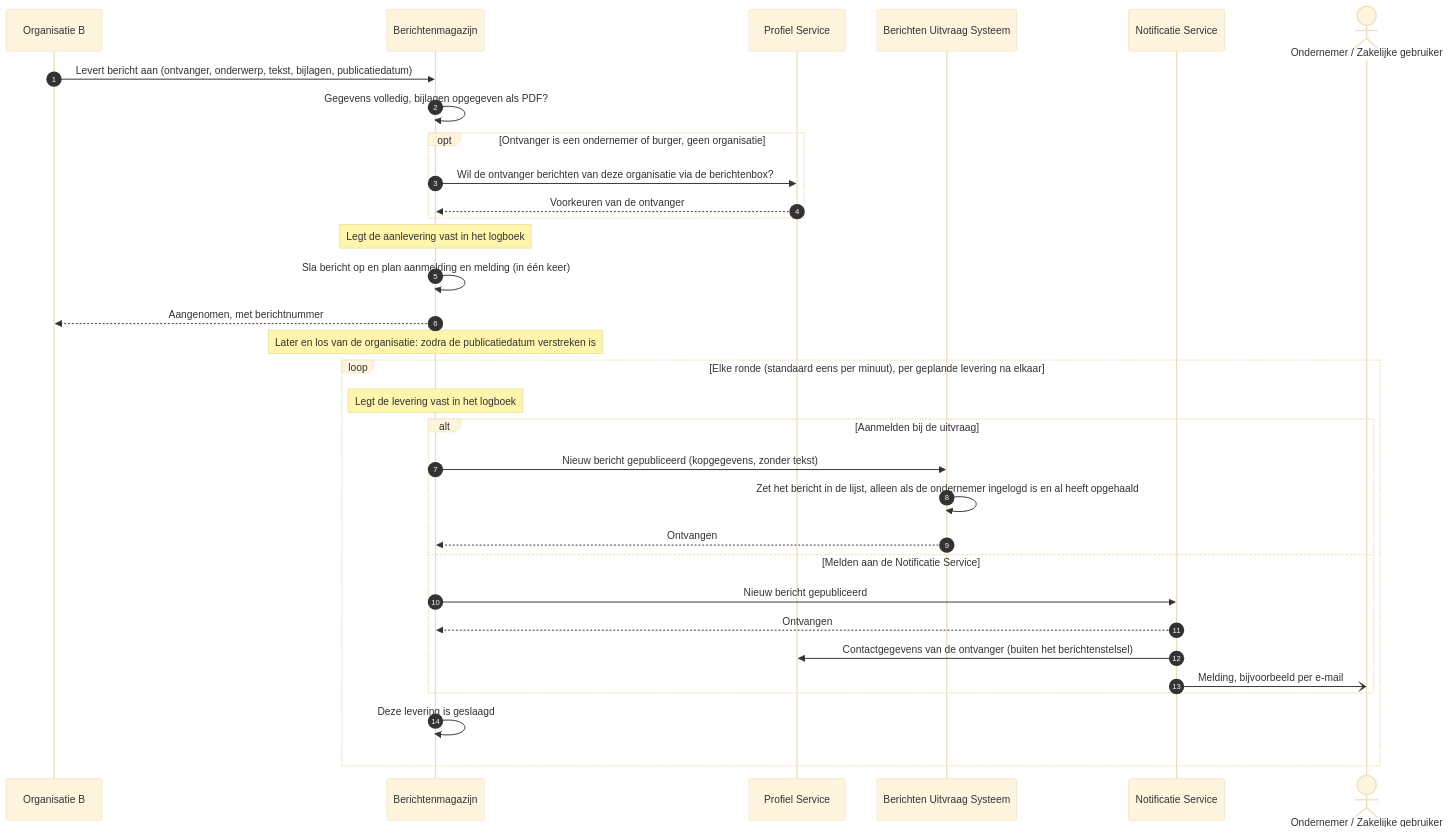
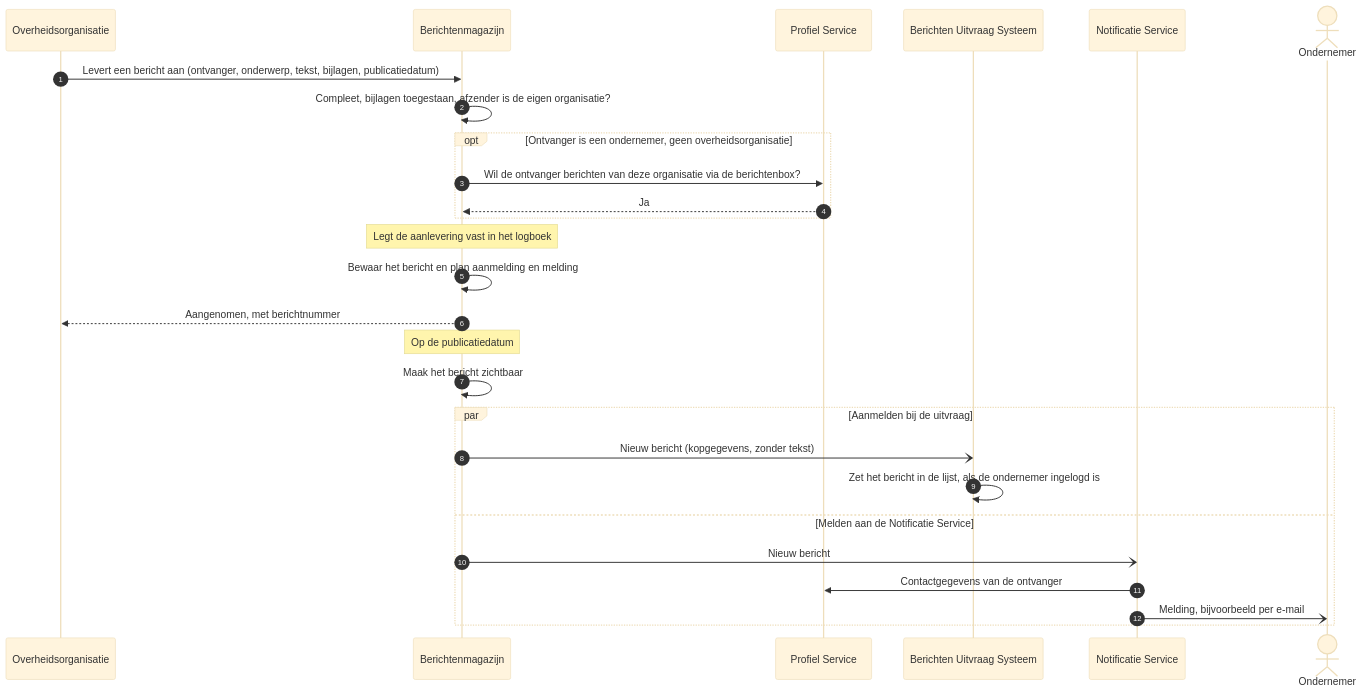
One commit to MinBZK/moza-poc-fbs-berichtenbox changed the diagram in docs/architecture/workspace-docs/05-uc1-bericht-aanleveren.md. Above: the diagram before and after it, drawn with Mermaid (base theme). The commit also changed other lines of this file and 15 other files, not shown here.

First line of the commit message:
docs(architectuur): use cases als eindresultaat, beheersituaties als use case 9-11

````diff
--- a/docs/architecture/workspace-docs/05-uc1-bericht-aanleveren.md
+++ b/docs/architecture/workspace-docs/05-uc1-bericht-aanleveren.md
@@ -43,36 +36,31 @@
 ```mermaid
 sequenceDiagram
     autonumber
-    participant ORG as Organisatie B
+    participant ORG as Overheidsorganisatie
     participant MAG as Berichtenmagazijn
     participant PRO as Profiel Service
     participant FBS as Berichten Uitvraag Systeem
     participant NOT as Notificatie Service
-    actor OND as Ondernemer / Zakelijke gebruiker
+    actor OND as Ondernemer
 
-    ORG->>MAG: Levert bericht aan (ontvanger, onderwerp, tekst, bijlagen, publicatiedatum)
-    MAG->>MAG: Gegevens volledig, bijlagen opgegeven als PDF?
-    opt Ontvanger is een ondernemer of burger, geen organisatie
+    ORG->>MAG: Levert een bericht aan (ontvanger, onderwerp, tekst, bijlagen, publicatiedatum)
+    MAG->>MAG: Compleet, bijlagen toegestaan, afzender is de eigen organisatie?
+    opt Ontvanger is een ondernemer, geen overheidsorganisatie
         MAG->>PRO: Wil de ontvanger berichten van deze organisatie via de berichtenbox?
-        PRO-->>MAG: Voorkeuren van de ontvanger
+        PRO-->>MAG: Ja
     end
     Note over MAG: Legt de aanlevering vast in het logboek
-    MAG->>MAG: Sla bericht op en plan aanmelding en melding (in één keer)
+    MAG->>MAG: Bewaar het bericht en plan aanmelding en melding
     MAG-->>ORG: Aangenomen, met berichtnummer
 
-    Note over MAG: Later en los van de organisatie: zodra de publicatiedatum verstreken is
-    loop Elke ronde (standaard eens per minuut), per geplande levering na elkaar
-        Note over MAG: Legt de levering vast in het logboek
-        alt Aanmelden bij de uitvraag
-            MAG->>FBS: Nieuw bericht gepubliceerd (kopgegevens, zonder tekst)
-            FBS->>FBS: Zet het bericht in de lijst, alleen als de ondernemer ingelogd is en al heeft opgehaald
-            FBS-->>MAG: Ontvangen
-        else Melden aan de Notificatie Service
-            MAG->>NOT: Nieuw bericht gepubliceerd
-            NOT-->>MAG: Ontvangen
-            NOT->>PRO: Contactgegevens van de ontvanger (buiten het berichtenstelsel)
-            NOT-)OND: Melding, bijvoorbeeld per e-mail
-        end
-        MAG->>MAG: Deze levering is geslaagd
+    Note over MAG: Op de publicatiedatum
+    MAG->>MAG: Maak het bericht zichtbaar
+    par Aanmelden bij de uitvraag
+        MAG-)FBS: Nieuw bericht (kopgegevens, zonder tekst)
+        FBS->>FBS: Zet het bericht in de lijst, als de ondernemer ingelogd is
+    and Melden aan de Notificatie Service
+        MAG-)NOT: Nieuw bericht
+        NOT->>PRO: Contactgegevens van de ontvanger
+        NOT-)OND: Melding, bijvoorbeeld per e-mail
     end
 ```
````
